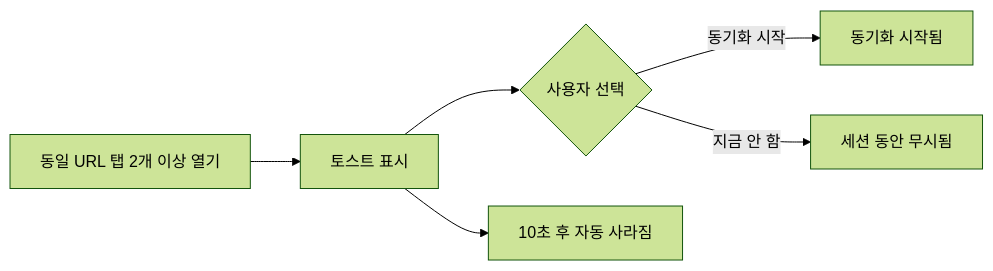
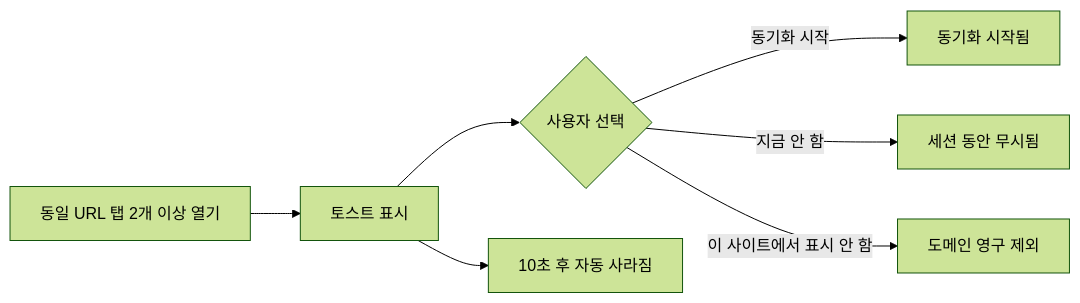
The third of 4 diagrams in README-ko_kr.md (jaem1n207/synchronize-tab-scrolling), drawn with Mermaid (forest theme) before and after one commit. The commit also changed other lines of this file and 3 other files, not shown here.

````diff
--- a/README-ko_kr.md
+++ b/README-ko_kr.md
@@ -155,8 +155,9 @@
 ```mermaid
 flowchart LR
     A[동일 URL 탭 2개 이상 열기] --> B[토스트 표시]
     B --> C{사용자 선택}
     C -->|동기화 시작| D[동기화 시작됨]
     C -->|지금 안 함| E[세션 동안 무시됨]
-    B --> F[10초 후 자동 사라짐]
+    C -->|이 사이트에서 표시 안 함| F[도메인 영구 제외]
+    B --> G[10초 후 자동 사라짐]
 ```
````
